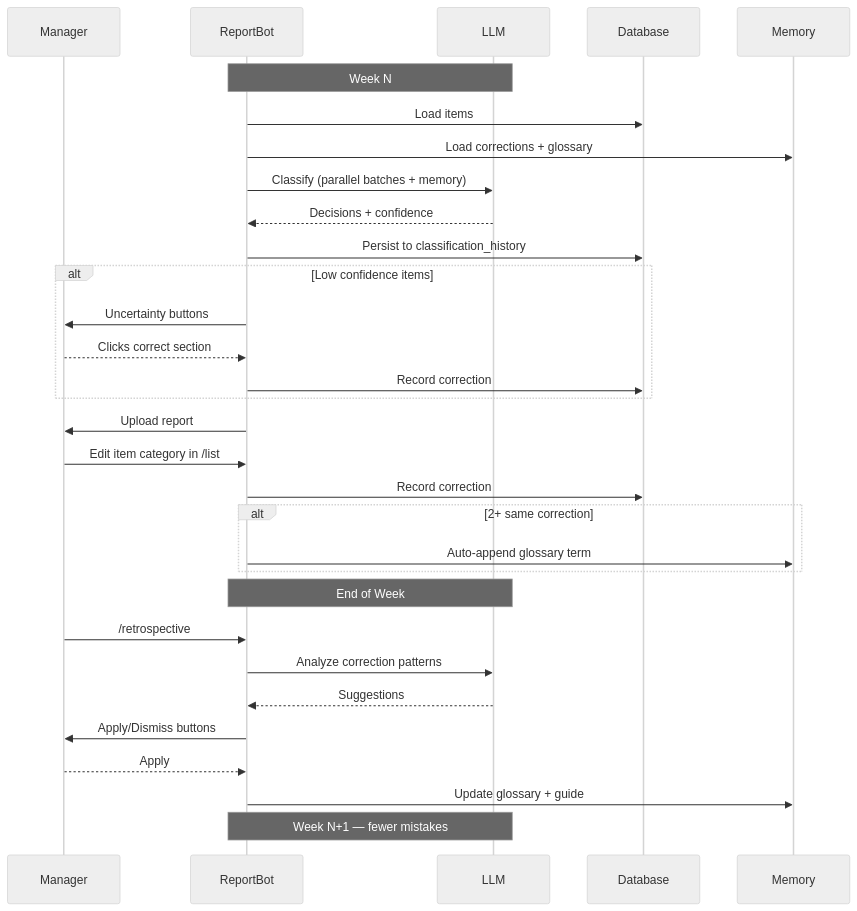
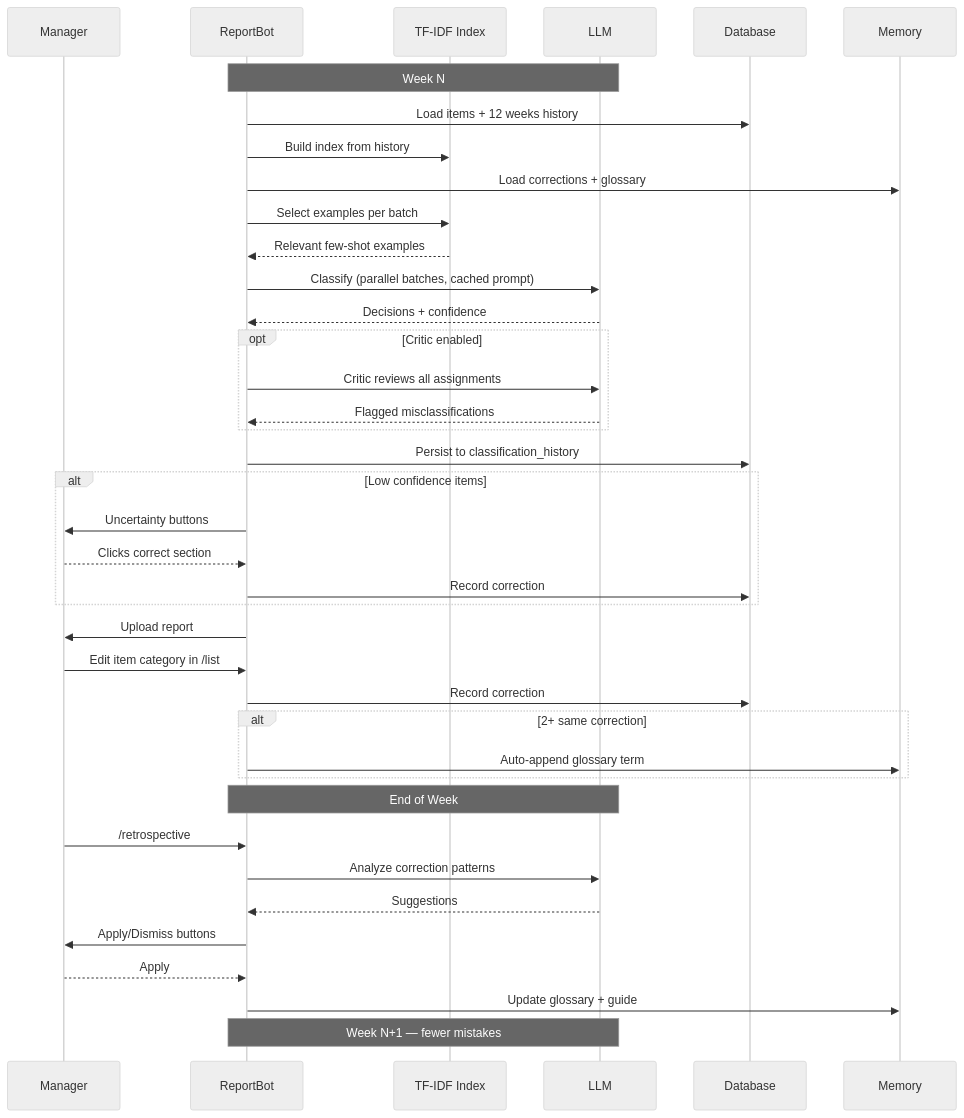
The third of 5 diagrams in docs/agentic-architecture.md (WZ/reportbot), drawn with Mermaid (neutral theme) before and after one commit. The commit also changed other lines of this file and 5 other files, not shown here.

First line of the commit message:
docs: update diagrams and docs for prompt caching, TF-IDF, critic loop, /report-stats

````diff
--- a/docs/agentic-architecture.md
+++ b/docs/agentic-architecture.md
@@ -203,39 +235,47 @@
 ```mermaid
 sequenceDiagram
     participant M as Manager
     participant Bot as ReportBot
+    participant TFIDF as TF-IDF Index
     participant LLM as LLM
     participant DB as Database
     participant Mem as Memory
 
     Note over Bot,LLM: Week N
-    Bot->>DB: Load items
+    Bot->>DB: Load items + 12 weeks history
+    Bot->>TFIDF: Build index from history
     Bot->>Mem: Load corrections + glossary
-    Bot->>LLM: Classify (parallel batches + memory)
+    Bot->>TFIDF: Select examples per batch
+    TFIDF-->>Bot: Relevant few-shot examples
+    Bot->>LLM: Classify (parallel batches, cached prompt)
     LLM-->>Bot: Decisions + confidence
+    opt Critic enabled
+        Bot->>LLM: Critic reviews all assignments
+        LLM-->>Bot: Flagged misclassifications
+    end
     Bot->>DB: Persist to classification_history
 
     alt Low confidence items
         Bot->>M: Uncertainty buttons
         M-->>Bot: Clicks correct section
         Bot->>DB: Record correction
     end
 
     Bot->>M: Upload report
     M->>Bot: Edit item category in /list
     Bot->>DB: Record correction
 
     alt 2+ same correction
         Bot->>Mem: Auto-append glossary term
     end
 
     Note over Bot,LLM: End of Week
     M->>Bot: /retrospective
     Bot->>LLM: Analyze correction patterns
     LLM-->>Bot: Suggestions
     Bot->>M: Apply/Dismiss buttons
     M-->>Bot: Apply
     Bot->>Mem: Update glossary + guide
 
     Note over Bot,LLM: Week N+1 — fewer mistakes
 ```
````
